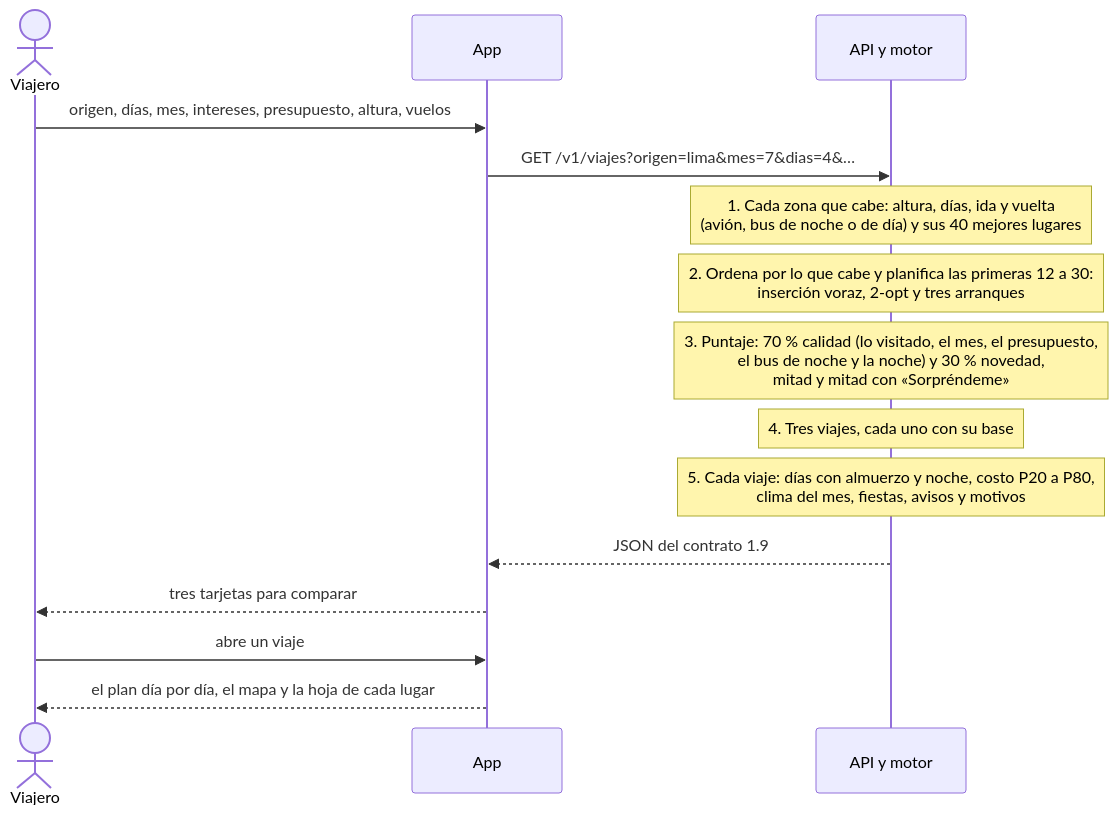
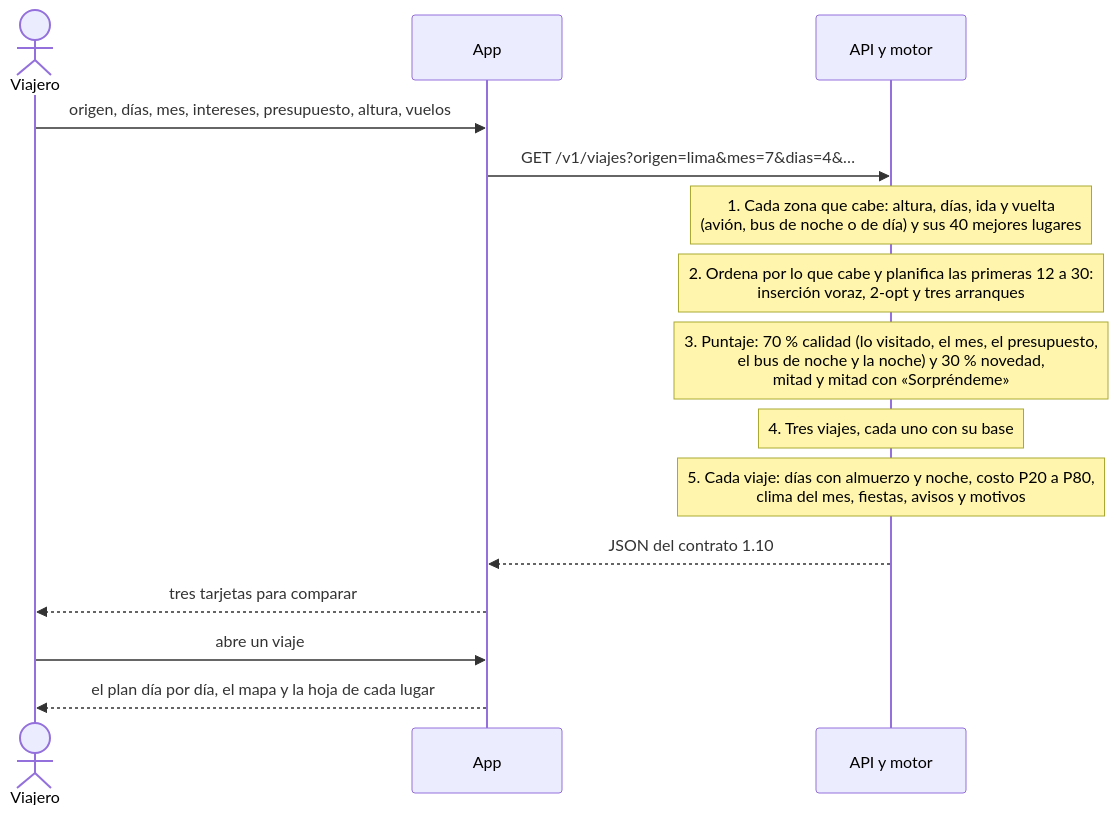
Before and after one commit to oswaldoaqm/Alejandros-Team: the second of 4 diagrams in docs/ARQUITECTURA.md, drawn with Mermaid. The commit also changed other lines of this file and 11 other files, not shown here.

````diff
--- a/docs/ARQUITECTURA.md
+++ b/docs/ARQUITECTURA.md
@@ -74,17 +74,17 @@
 ```mermaid
 sequenceDiagram
     actor V as Viajero
     participant A as App
     participant M as API y motor
     V->>A: origen, días, mes, intereses, presupuesto, altura, vuelos
     A->>M: GET /v1/viajes?origen=lima&mes=7&dias=4&…
     Note over M: 1. Cada zona que cabe: altura, días, ida y vuelta<br/>(avión, bus de noche o de día) y sus 40 mejores lugares
     Note over M: 2. Ordena por lo que cabe y planifica las primeras 12 a 30:<br/>inserción voraz, 2-opt y tres arranques
     Note over M: 3. Puntaje: 70 % calidad (lo visitado, el mes, el presupuesto,<br/>el bus de noche y la noche) y 30 % novedad,<br/>mitad y mitad con «Sorpréndeme»
     Note over M: 4. Tres viajes, cada uno con su base
     Note over M: 5. Cada viaje: días con almuerzo y noche, costo P20 a P80,<br/>clima del mes, fiestas, avisos y motivos
-    M-->>A: JSON del contrato 1.9
+    M-->>A: JSON del contrato 1.10
     A-->>V: tres tarjetas para comparar
     V->>A: abre un viaje
     A-->>V: el plan día por día, el mapa y la hoja de cada lugar
 ```
````
